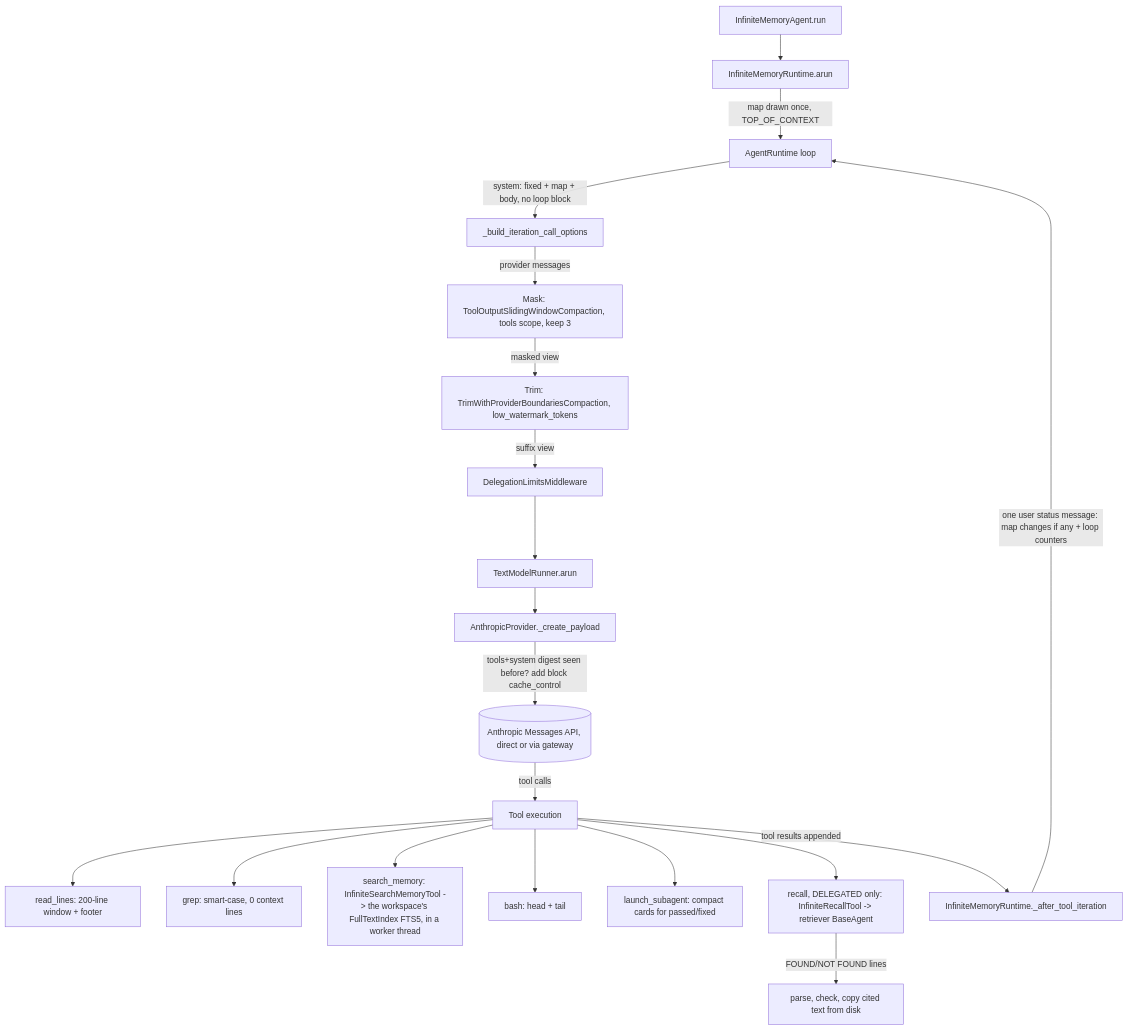
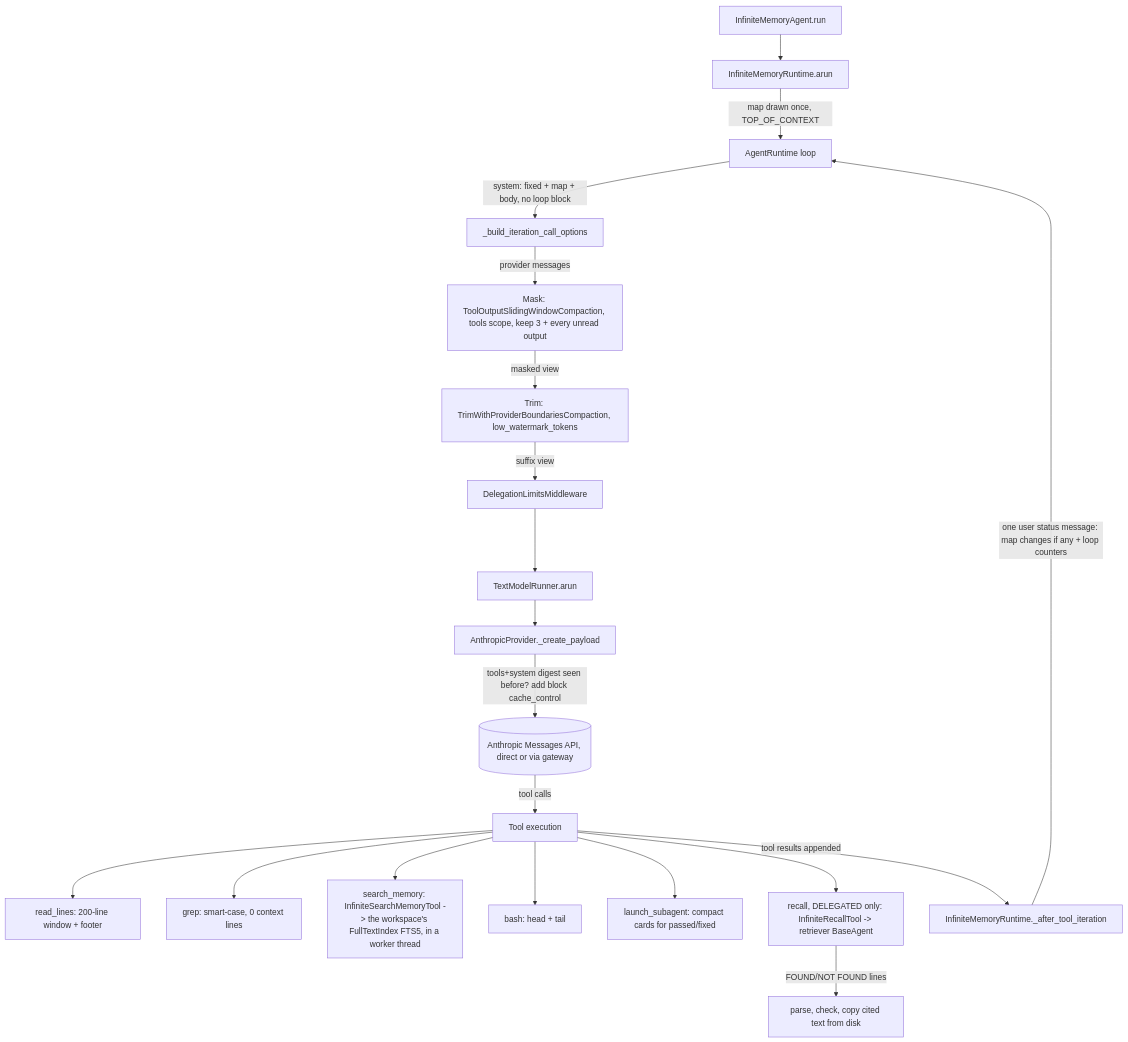
The diagram in docs/spec/infinite-memory-context-economy/spec.md (cerredz/Vidbyte-SDK), drawn with Mermaid before and after one commit. The commit also changed other lines of this file and 1 other file, not shown here.

Commit message:
docs(spec): revise infinite-memory-context-economy spec r5 (S4 R-3 masking of unread batches, EC-8.8, R-16 index files)

````diff
--- a/docs/spec/infinite-memory-context-economy/spec.md
+++ b/docs/spec/infinite-memory-context-economy/spec.md
@@ -123,22 +123,22 @@
 ```mermaid
 flowchart TD
   A[InfiniteMemoryAgent.run] --> B[InfiniteMemoryRuntime.arun]
   B -->|map drawn once, TOP_OF_CONTEXT| C[AgentRuntime loop]
   C -->|system: fixed + map + body, no loop block| D[_build_iteration_call_options]
-  D -->|provider messages| M1[Mask: ToolOutputSlidingWindowCompaction, tools scope, keep 3]
+  D -->|provider messages| M1[Mask: ToolOutputSlidingWindowCompaction, tools scope, keep 3 + every unread output]
   M1 -->|masked view| M2[Trim: TrimWithProviderBoundariesCompaction, low_watermark_tokens]
   M2 -->|suffix view| M3[DelegationLimitsMiddleware]
   M3 --> E[TextModelRunner.arun]
   E --> F[AnthropicProvider._create_payload]
   F -->|tools+system digest seen before? add block cache_control| G[(Anthropic Messages API, direct or via gateway)]
   G -->|tool calls| H[Tool execution]
   H --> T1[read_lines: 200-line window + footer]
   H --> T2[grep: smart-case, 0 context lines]
   H --> T3[search_memory: InfiniteSearchMemoryTool -> the workspace's FullTextIndex FTS5, in a worker thread]
   H --> T4[bash: head + tail]
   H --> T5[launch_subagent: compact cards for passed/fixed]
   H --> T6[recall, DELEGATED only: InfiniteRecallTool -> retriever BaseAgent]
   T6 -->|FOUND/NOT FOUND lines| T7[parse, check, copy cited text from disk]
   H -->|tool results appended| I[InfiniteMemoryRuntime._after_tool_iteration]
   I -->|one user status message: map changes if any + loop counters| C
 ```
````
